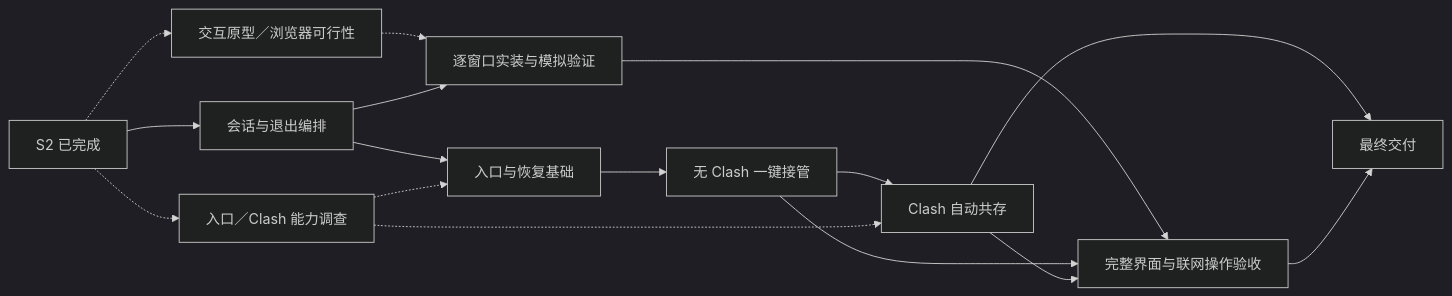
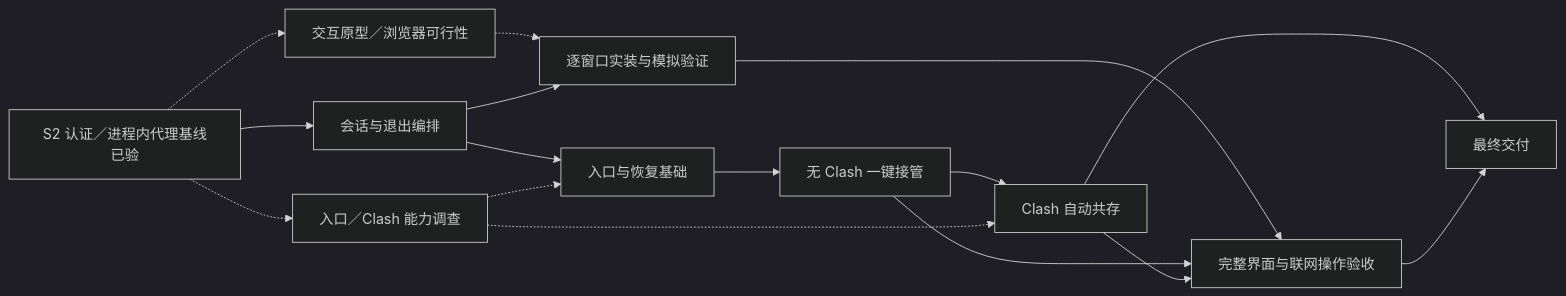
The diagram in plan.md (wtalioy/JustConnect), drawn with Mermaid (dark theme) before and after one commit. The commit also changed other lines of this file and 1 other file, not shown here.

````diff
--- a/plan.md
+++ b/plan.md
@@ -57,14 +57,14 @@
 ```mermaid
 flowchart LR
-    Base["S2 已完成"] --> Session["会话与退出编排"] --> Safety["入口与恢复基础"]
+    Base["S2 认证／进程内代理基线已验"] --> Session["会话与退出编排"] --> Safety["入口与恢复基础"]
     Safety --> Access["无 Clash 一键接管"] --> Clash["Clash 自动共存"] --> Delivery["最终交付"]
     Base -.-> Probe["入口／Clash 能力调查"]
     Probe -.-> Safety
     Probe -.-> Clash
     Base -.-> Design["交互原型／浏览器可行性"]
     Design -.-> UI["逐窗口实装与模拟验证"]
     Session --> UI
     UI --> Integration["完整界面与联网操作验收"] --> Delivery
     Access --> Integration
     Clash --> Integration
 ```
````
